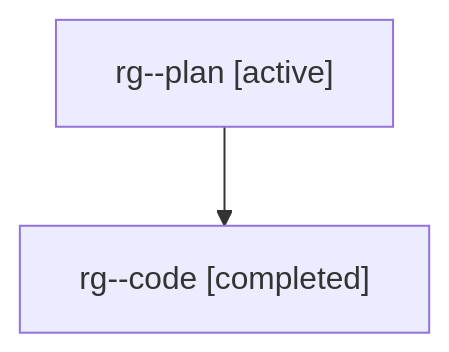
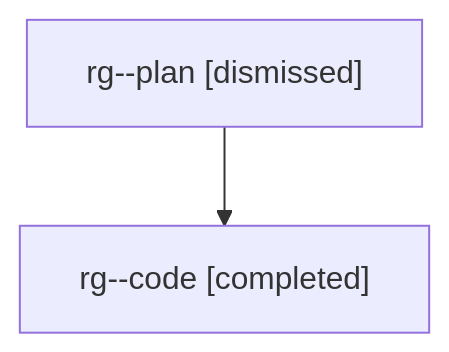
The diagram in sessions/bbugyi200.athena.rg.md (sase-org/sase--agents), drawn with Mermaid before and after one commit. The commit also changed other lines of this file and 106 other files, not shown here.

````diff
--- a/sessions/bbugyi200.athena.rg.md
+++ b/sessions/bbugyi200.athena.rg.md
@@ -9,6 +9,6 @@
 ```mermaid
 flowchart TD
-  n0["rg--plan [active]"]
+  n0["rg--plan [dismissed]"]
   n1["rg--code [completed]"]
   n0 --> n1
 ```
````
